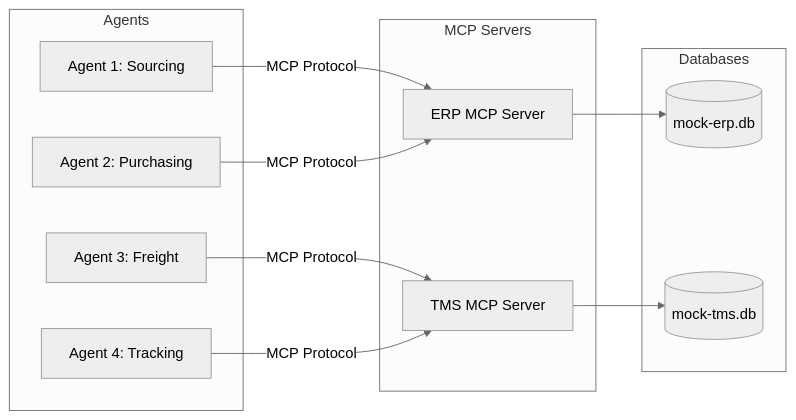
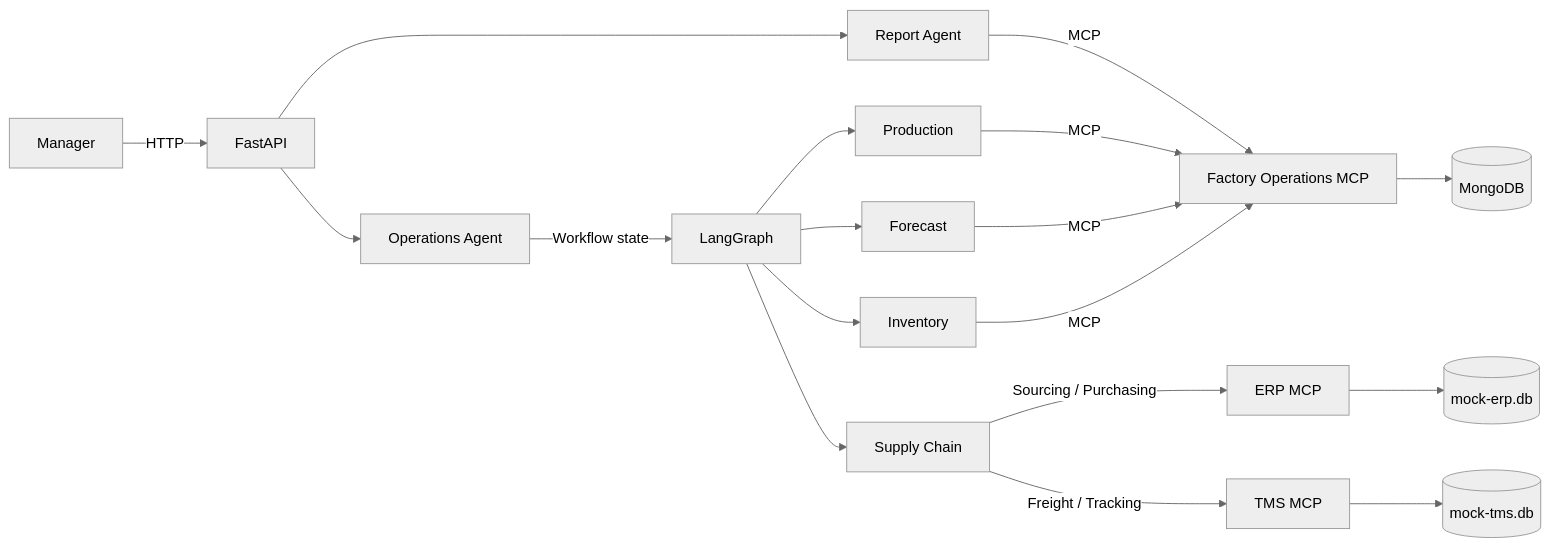
Before and after one commit to SasinduShanaka/OMNI---Operational-Multi-agent-Network-Intelligence: the diagram in mcp_architecture.md, drawn with Mermaid (neutral theme). The commit also changed other lines of this file and 9 other files, not shown here.

First line of the commit message:
Add Factory Operations MCP server

````diff
--- a/mcp_architecture.md
+++ b/mcp_architecture.md
@@ -9,27 +9,23 @@
 ```mermaid
 flowchart LR
-    subgraph Agents
-        A1[Agent 1: Sourcing]
-        A2[Agent 2: Purchasing]
-        A3[Agent 3: Freight]
-        A4[Agent 4: Tracking]
-    end
+    U[Manager] -->|HTTP| API[FastAPI]
+    API --> O[Operations Agent]
+    API --> R[Report Agent]
+    O -->|Workflow state| LG[LangGraph]
 
-    subgraph MCP Servers
-        M1[ERP MCP Server]
-        M2[TMS MCP Server]
-    end
+    LG --> I[Inventory]
+    LG --> F[Forecast]
+    LG --> P[Production]
+    LG --> S[Supply Chain]
 
-    subgraph Databases
-        D1[(mock-erp.db)]
-        D2[(mock-tms.db)]
-    end
+    I -->|MCP| M0[Factory Operations MCP]
+    F -->|MCP| M0
+    P -->|MCP| M0
+    R -->|MCP| M0
+    M0 --> D0[(MongoDB)]
 
-    A1 -->|MCP Protocol| M1
-    A2 -->|MCP Protocol| M1
-    M1 --> D1
-
-    A3 -->|MCP Protocol| M2
-    A4 -->|MCP Protocol| M2
-    M2 --> D2
+    S -->|Sourcing / Purchasing| M1[ERP MCP]
+    M1 --> D1[(mock-erp.db)]
+    S -->|Freight / Tracking| M2[TMS MCP]
+    M2 --> D2[(mock-tms.db)]
 ```
````
